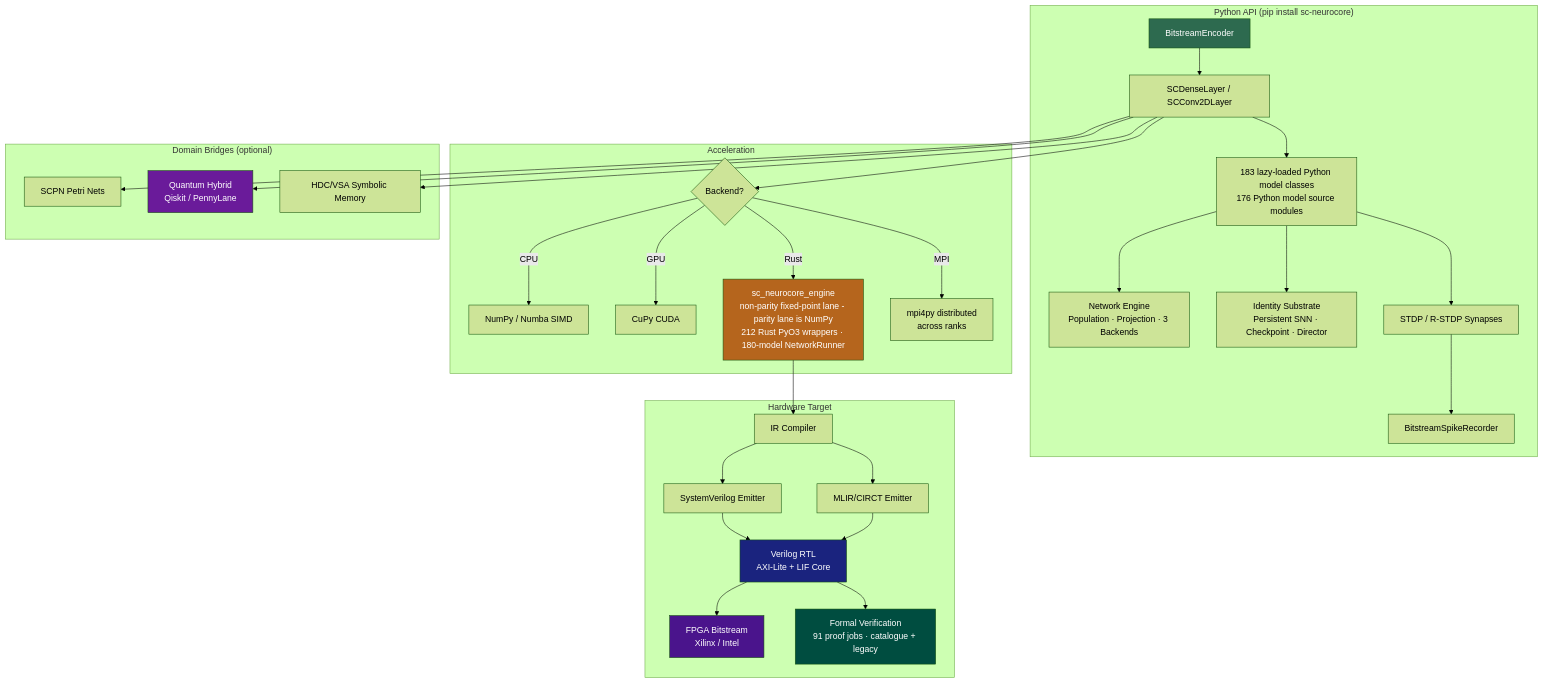
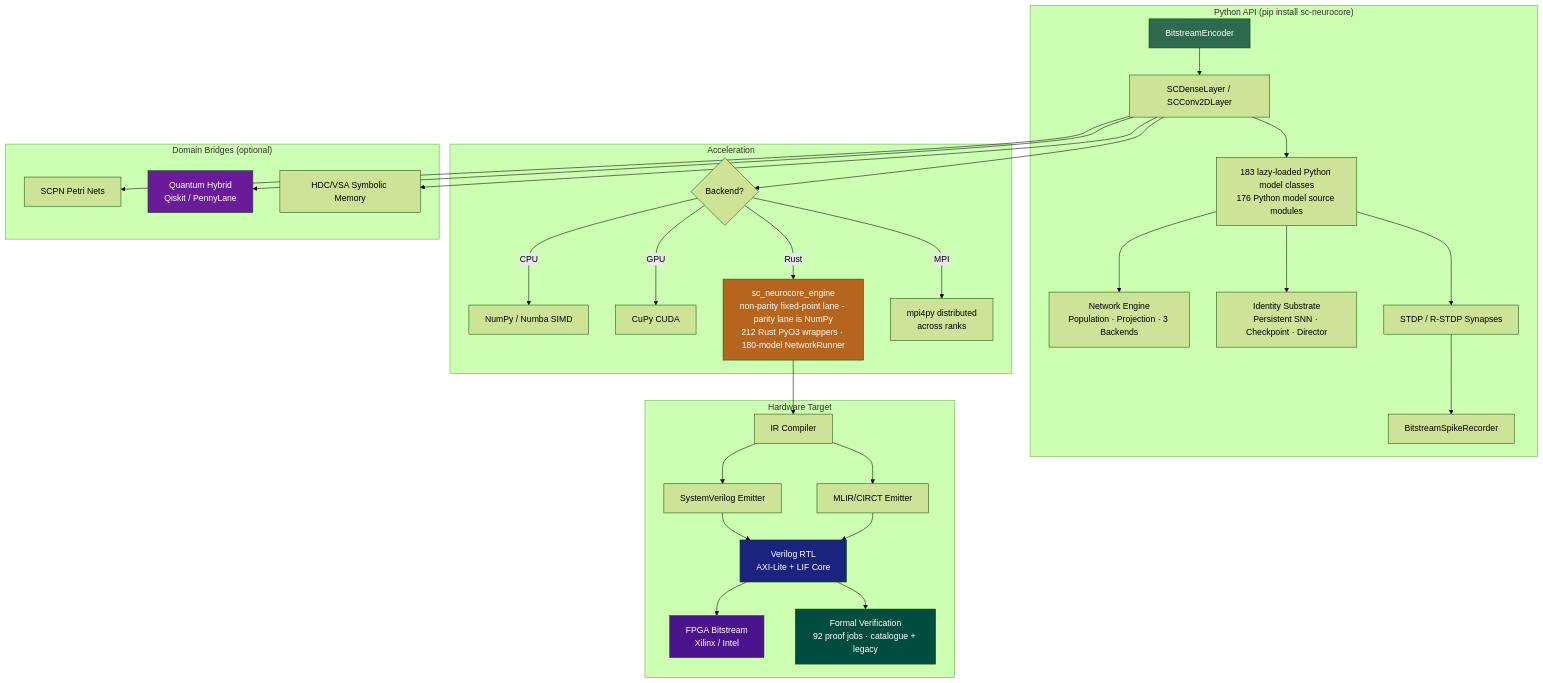
The diagram in README.md (anulum/sc-neurocore), drawn with Mermaid (forest theme) before and after one commit. The commit also changed other lines of this file and 21 other files, not shown here.

````diff
--- a/README.md
+++ b/README.md
@@ -472,42 +472,42 @@
 ```mermaid
 graph TD
     subgraph "Python API (pip install sc-neurocore)"
         A[BitstreamEncoder] --> B[SCDenseLayer / SCConv2DLayer]
         B --> C[183 lazy-loaded Python model classes<br/>176 Python model source modules]
         C --> NET[Network Engine<br/>Population · Projection · 3 Backends]
         C --> ID[Identity Substrate<br/>Persistent SNN · Checkpoint · Director]
         C --> D[STDP / R-STDP Synapses]
         D --> E[BitstreamSpikeRecorder]
     end
 
     subgraph "Acceleration"
         B --> F{Backend?}
         F -->|CPU| G[NumPy / Numba SIMD]
         F -->|GPU| H[CuPy CUDA]
         F -->|Rust| I[sc_neurocore_engine<br/>non-parity fixed-point lane - parity lane is NumPy<br/>212 Rust PyO3 wrappers · 180-model NetworkRunner]
         F -->|MPI| MPI[mpi4py distributed<br/>across ranks]
     end
 
     subgraph "Hardware Target"
         I --> J[IR Compiler]
         J --> K[SystemVerilog Emitter]
         J --> K2[MLIR/CIRCT Emitter]
         K --> L[Verilog RTL<br/>AXI-Lite + LIF Core]
         K2 --> L
         L --> M[FPGA Bitstream<br/>Xilinx / Intel]
-        L --> V[Formal Verification<br/>91 proof jobs · catalogue + legacy]
+        L --> V[Formal Verification<br/>92 proof jobs · catalogue + legacy]
     end
 
     subgraph "Domain Bridges (optional)"
         B --> N[SCPN Petri Nets]
         B --> O[Quantum Hybrid<br/>Qiskit / PennyLane]
         B --> P[HDC/VSA Symbolic Memory]
     end
 
     style A fill:#2d6a4f,color:#fff
     style I fill:#b5651d,color:#fff
     style L fill:#1a237e,color:#fff
     style M fill:#4a148c,color:#fff
     style O fill:#6a1b9a,color:#fff
     style V fill:#004d40,color:#fff
 ```
````
